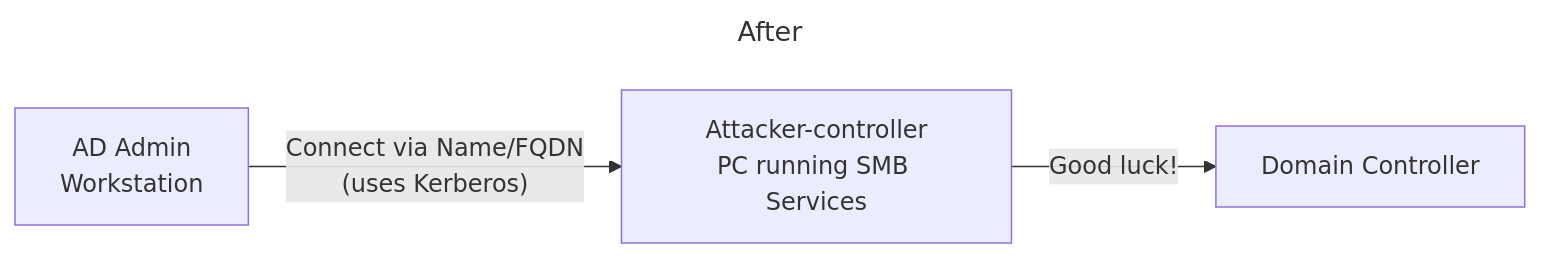
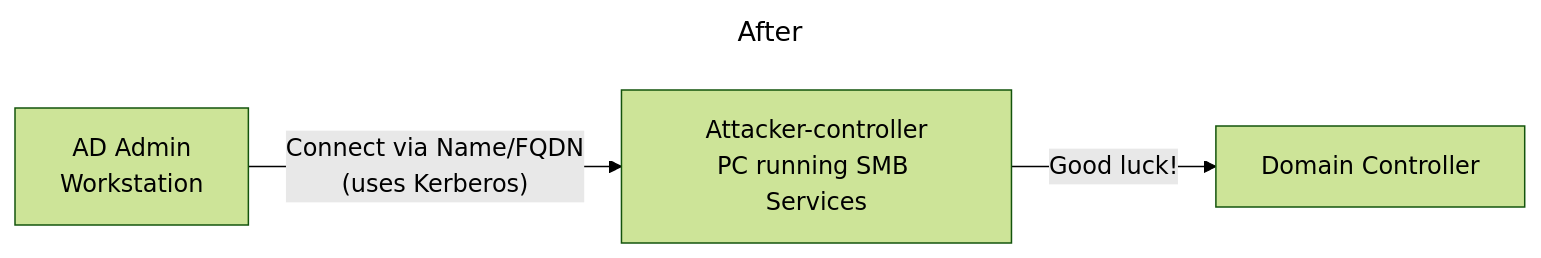
Before and after one commit to TrimarcJake/pug-snippets: the diagram in diagrams/NoNTLM-After.md, drawn with Mermaid. The commit also changed 3 other files, not shown here.

Commit message:
Added forest theme.

````diff
--- a/diagrams/NoNTLM-After.md
+++ b/diagrams/NoNTLM-After.md
@@ -1,8 +1,13 @@
 ``` mermaid
 ---
 title: After
 ---
+%%{
+  init: {
+    'theme': 'forest'
+  }
+}%%
 flowchart LR
   ADAPC[AD Admin\nWorkstation] -- Connect via Name/FQDN\n(uses Kerberos) --> AttackerPC[Attacker-controller\nPC running SMB Services]
   AttackerPC -- Good luck! --> DC[Domain Controller]
 ```
````
